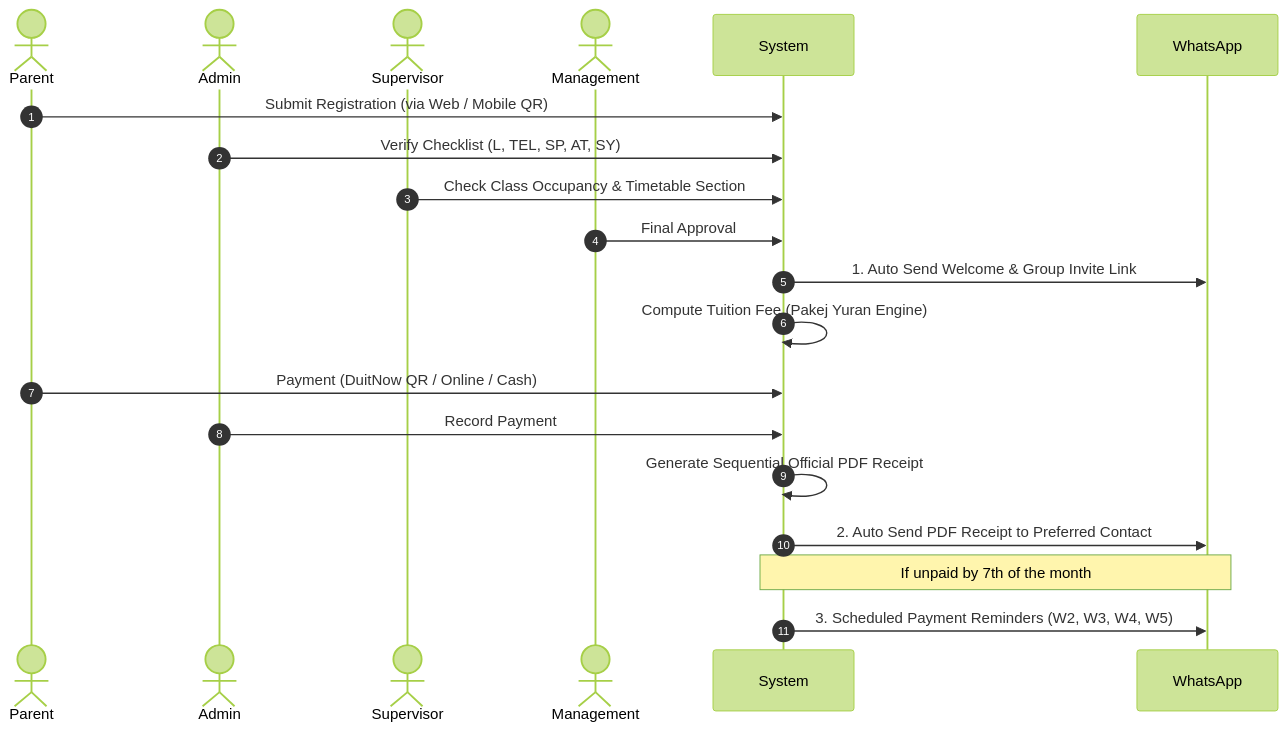
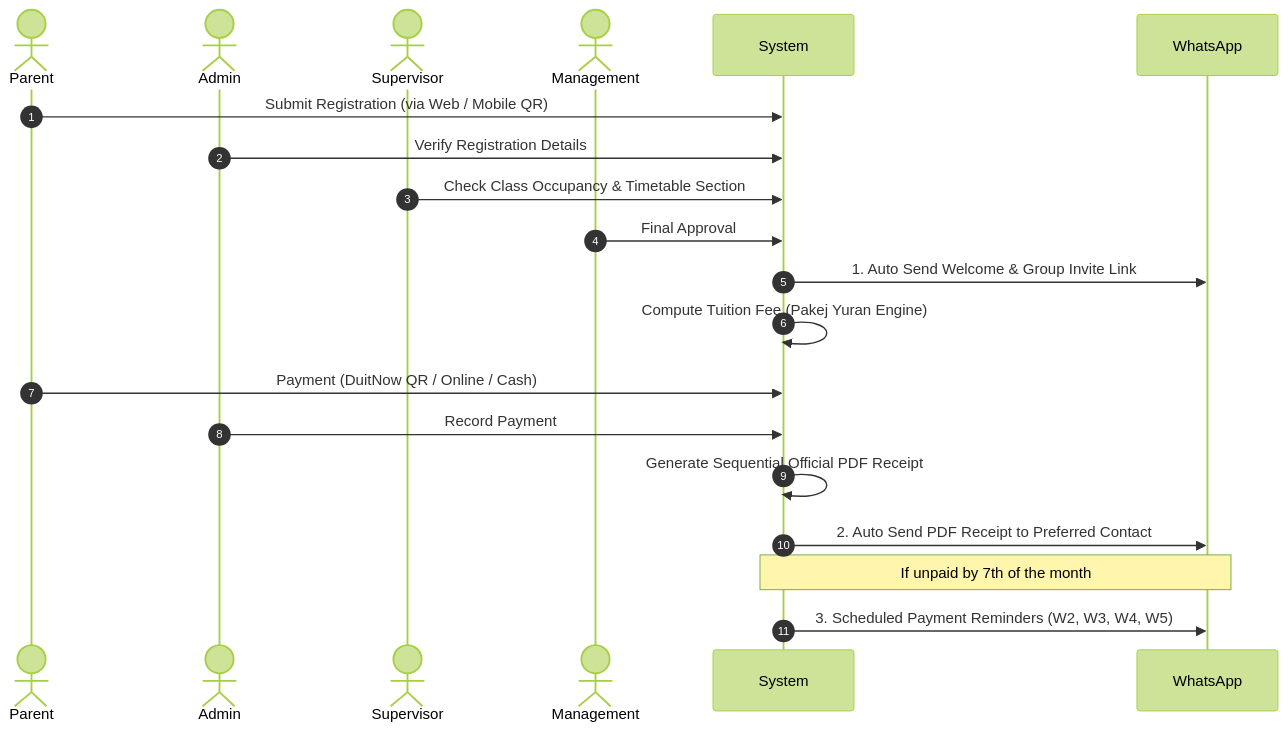
One commit to jijo-jiji/annur-erp changed the diagram in skill.md. Above: the diagram before and after it, drawn with Mermaid (forest theme). The commit also changed other lines of this file and 101 other files, not shown here.

````diff
--- a/skill.md
+++ b/skill.md
@@ -178,23 +171,23 @@
 ```mermaid
 sequenceDiagram
     autonumber
     actor Parent
     actor Admin
     actor Supervisor
     actor Management
     participant System
     participant WhatsApp
 
     Parent->>System: Submit Registration (via Web / Mobile QR)
-    Admin->>System: Verify Checklist (L, TEL, SP, AT, SY)
+    Admin->>System: Verify Registration Details
     Supervisor->>System: Check Class Occupancy & Timetable Section
     Management->>System: Final Approval
     System->>WhatsApp: 1. Auto Send Welcome & Group Invite Link
     System->>System: Compute Tuition Fee (Pakej Yuran Engine)
     Parent->>System: Payment (DuitNow QR / Online / Cash)
     Admin->>System: Record Payment
     System->>System: Generate Sequential Official PDF Receipt
     System->>WhatsApp: 2. Auto Send PDF Receipt to Preferred Contact
     Note over System,WhatsApp: If unpaid by 7th of the month
     System->>WhatsApp: 3. Scheduled Payment Reminders (W2, W3, W4, W5)
 ```
````
